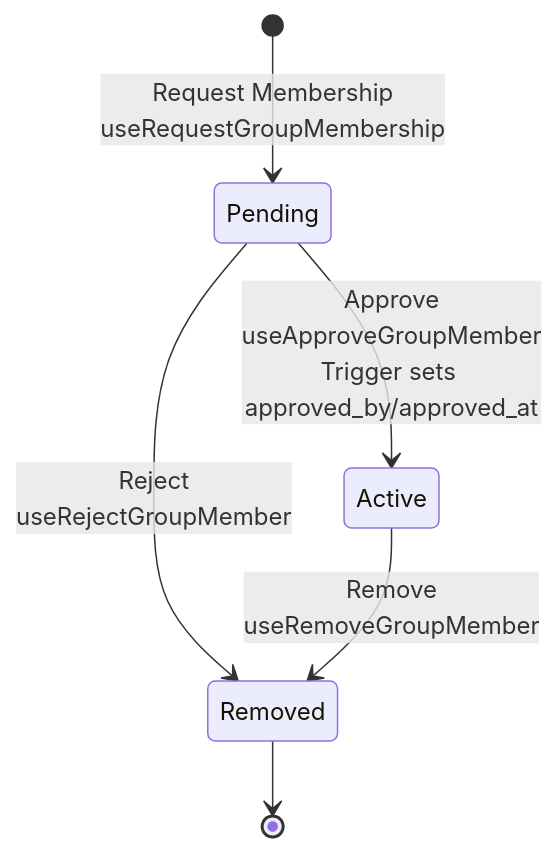
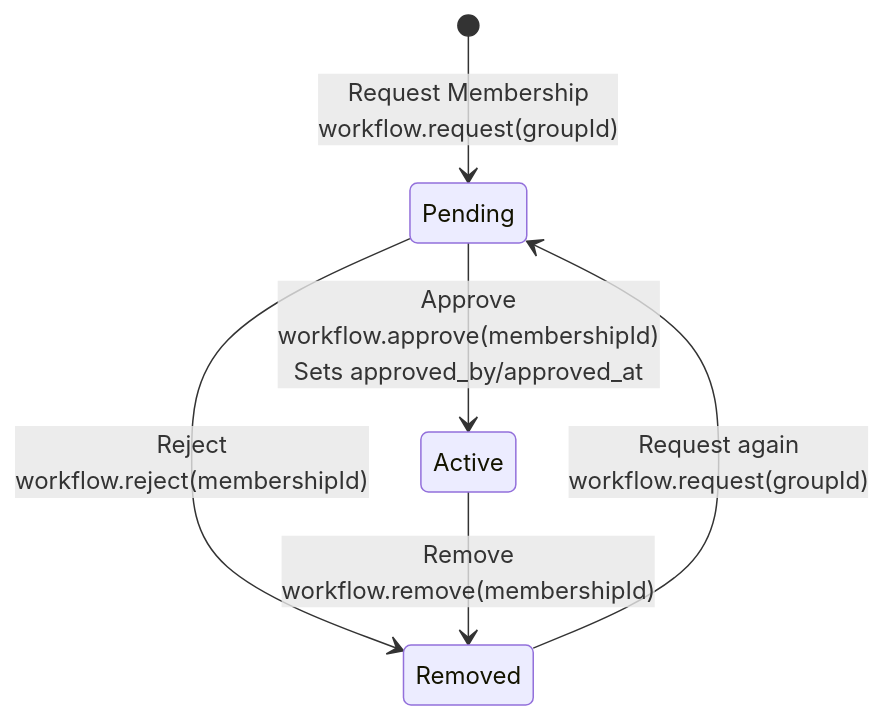
The diagram in docs/membership.md (ndelangen/dunezone), drawn with Mermaid before and after one commit. The commit also changed other lines of this file and 11 other files, not shown here.

````diff
--- a/docs/membership.md
+++ b/docs/membership.md
@@ -5,8 +5,8 @@
 ```mermaid
 stateDiagram-v2
-    [*] --> Pending: Request Membership<br/>useRequestGroupMembership
-    Pending --> Active: Approve<br/>useApproveGroupMember<br/>Trigger sets approved_by/approved_at
-    Pending --> Removed: Reject<br/>useRejectGroupMember
-    Active --> Removed: Remove<br/>useRemoveGroupMember
-    Removed --> [*]
+    [*] --> Pending: Request Membership<br/>workflow.request(groupId)
+    Pending --> Active: Approve<br/>workflow.approve(membershipId)<br/>Sets approved_by/approved_at
+    Pending --> Removed: Reject<br/>workflow.reject(membershipId)
+    Active --> Removed: Remove<br/>workflow.remove(membershipId)
+    Removed --> Pending: Request again<br/>workflow.request(groupId)
 ```
````
